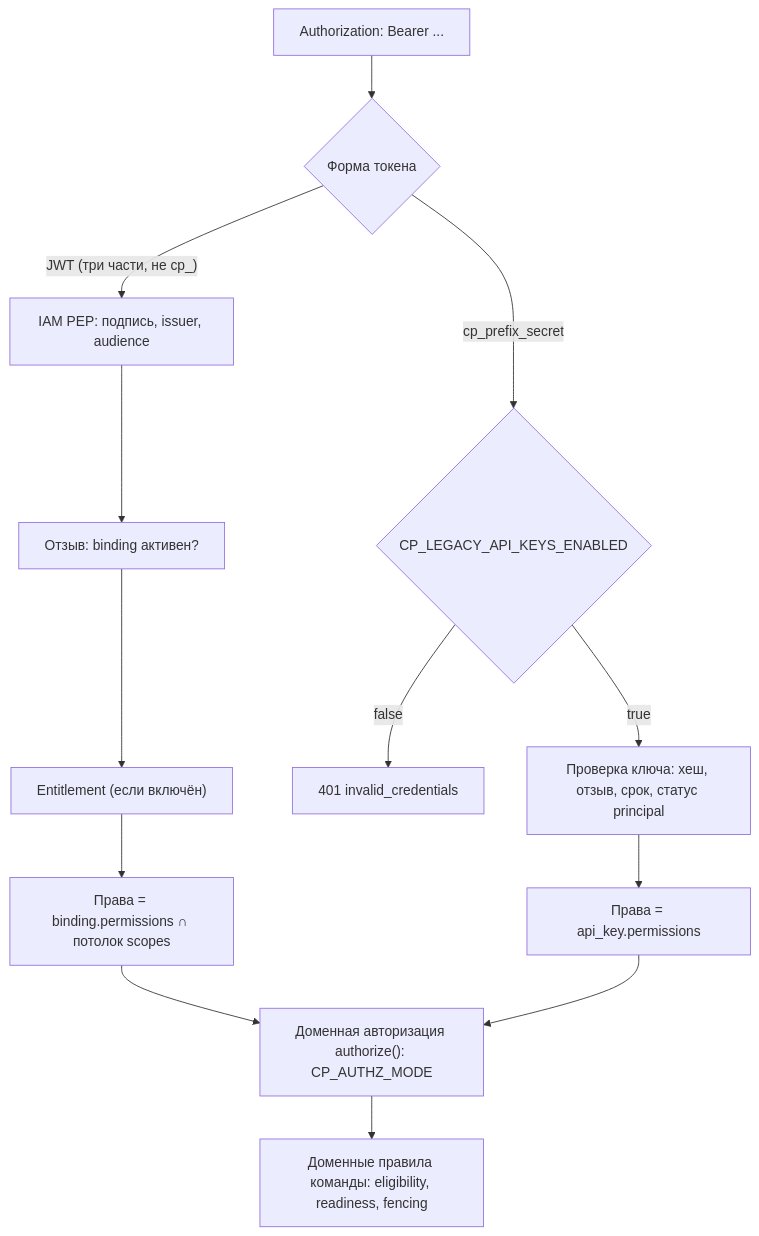
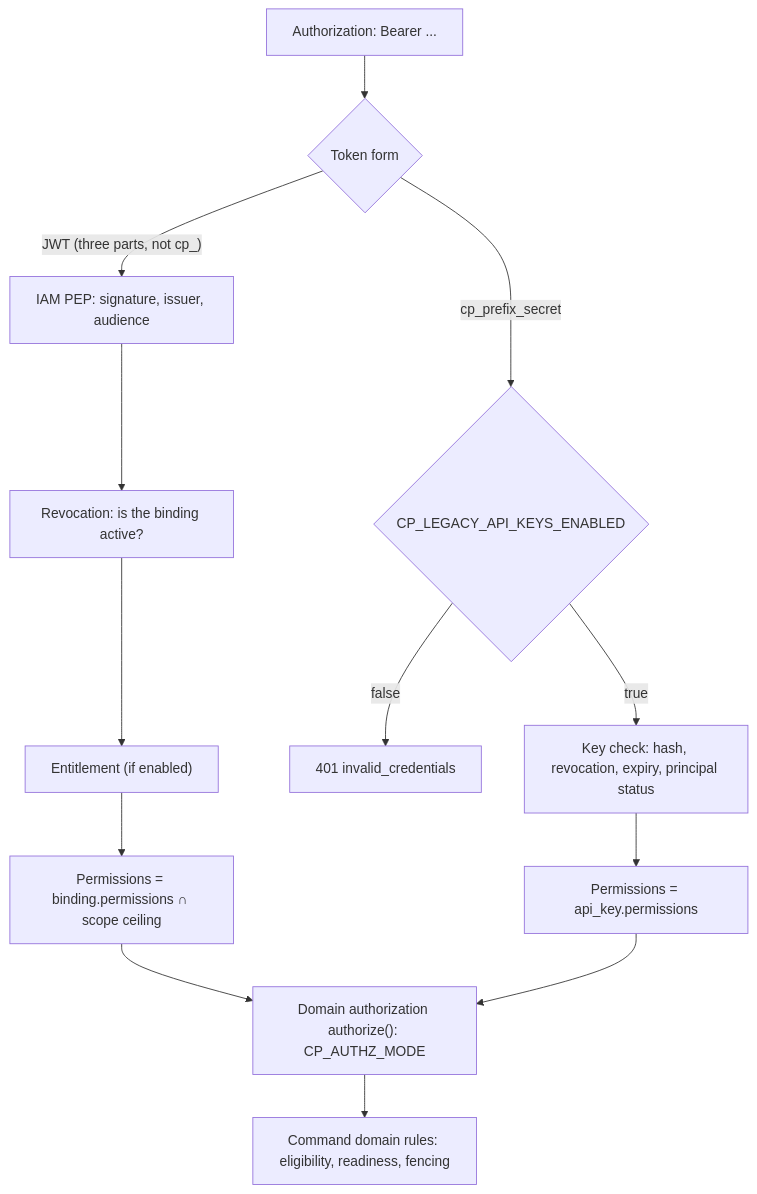
Before and after one commit to monthu56/taimen: the diagram in guide/docs/control-plane/authorization.md, drawn with Mermaid. The commit also changed other lines of this file and 183 other files, not shown here.

````diff
--- a/guide/docs/control-plane/authorization.md
+++ b/guide/docs/control-plane/authorization.md
@@ -12,15 +13,15 @@
 ```mermaid
 flowchart TD
-    A["Authorization: Bearer ..."] --> B{Форма токена}
-    B -- "JWT (три части, не cp_)" --> C[IAM PEP: подпись, issuer, audience]
-    C --> D[Отзыв: binding активен?]
-    D --> E["Entitlement (если включён)"]
-    E --> F["Права = binding.permissions ∩ потолок scopes"]
+    A["Authorization: Bearer ..."] --> B{Token form}
+    B -- "JWT (three parts, not cp_)" --> C[IAM PEP: signature, issuer, audience]
+    C --> D[Revocation: is the binding active?]
+    D --> E["Entitlement (if enabled)"]
+    E --> F["Permissions = binding.permissions ∩ scope ceiling"]
     B -- "cp_prefix_secret" --> G{CP_LEGACY_API_KEYS_ENABLED}
     G -- false --> X[401 invalid_credentials]
-    G -- true --> H[Проверка ключа: хеш, отзыв, срок, статус principal]
-    H --> I[Права = api_key.permissions]
-    F --> J["Доменная авторизация authorize(): CP_AUTHZ_MODE"]
+    G -- true --> H[Key check: hash, revocation, expiry, principal status]
+    H --> I[Permissions = api_key.permissions]
+    F --> J["Domain authorization authorize(): CP_AUTHZ_MODE"]
     I --> J
-    J --> K[Доменные правила команды: eligibility, readiness, fencing]
+    J --> K[Command domain rules: eligibility, readiness, fencing]
 ```
````
